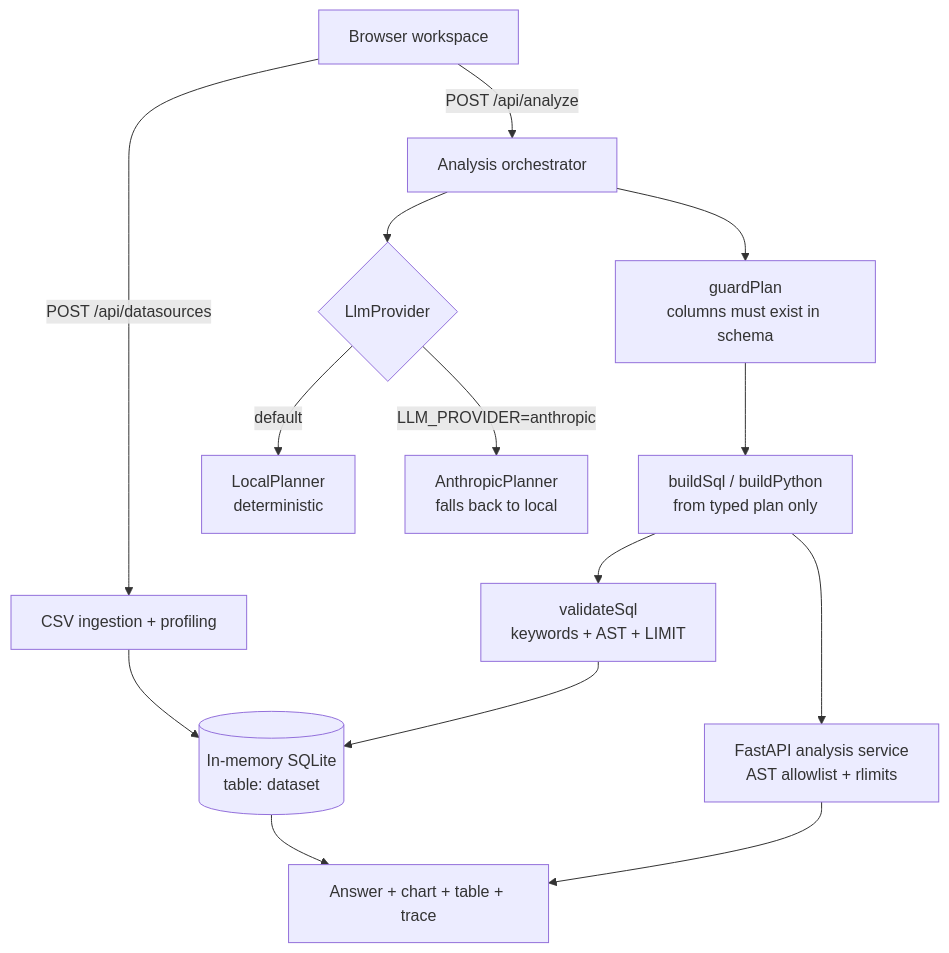
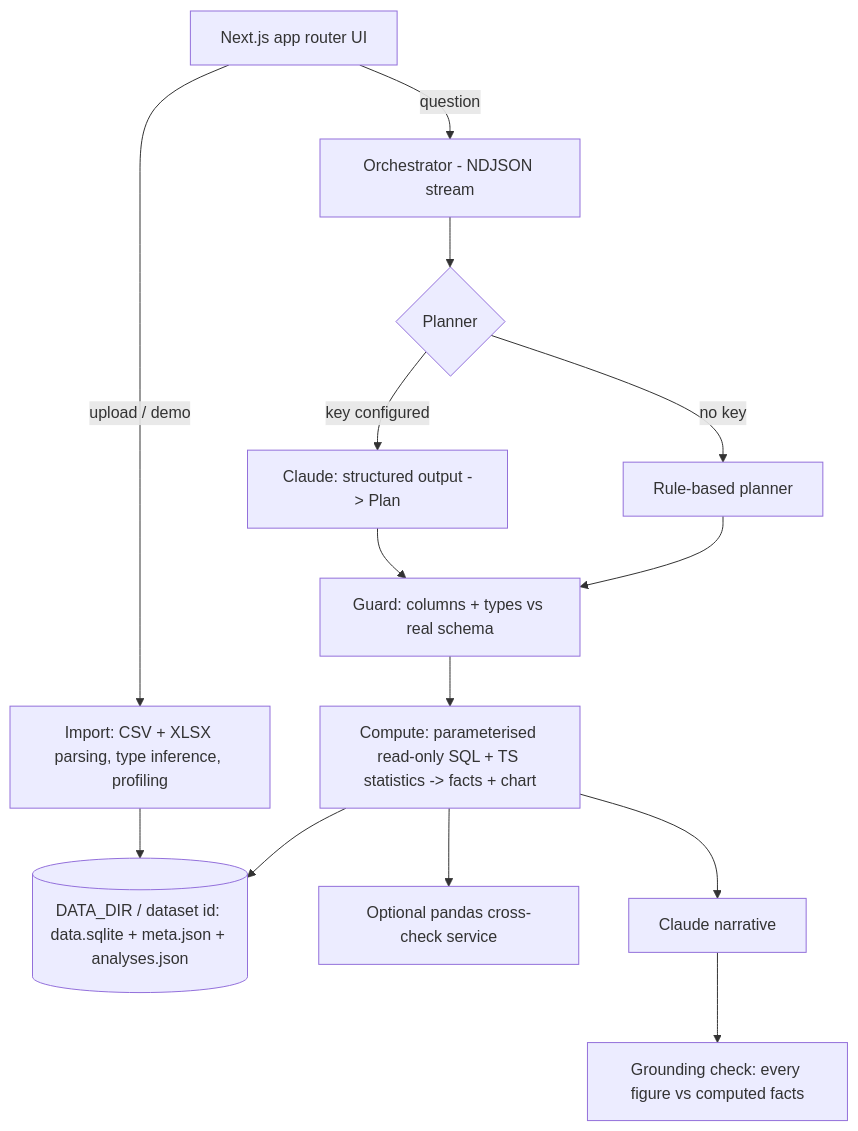
The diagram in README.md (LendKalemasi/insightlab-ai-data-analyst), drawn with Mermaid before and after one commit. The commit also changed other lines of this file and 118 other files, not shown here.

Commit message:
Overhaul InsightLab: grounded AI analysis, new workspace UI, persistence

````diff
--- a/README.md
+++ b/README.md
@@ -35,16 +25,15 @@
 ```mermaid
 flowchart TD
-  U[Browser workspace] -->|POST /api/datasources| ING[CSV ingestion + profiling]
-  ING --> SQ[(In-memory SQLite<br/>table: dataset)]
-  U -->|POST /api/analyze| ORC[Analysis orchestrator]
-  ORC --> PROV{LlmProvider}
-  PROV -->|default| LOCAL[LocalPlanner<br/>deterministic]
-  PROV -->|LLM_PROVIDER=anthropic| ANTH[AnthropicPlanner<br/>falls back to local]
-  ORC --> GUARD[guardPlan<br/>columns must exist in schema]
-  GUARD --> BLD[buildSql / buildPython<br/>from typed plan only]
-  BLD --> VAL[validateSql<br/>keywords + AST + LIMIT]
-  VAL --> SQ
-  BLD --> PY[FastAPI analysis service<br/>AST allowlist + rlimits]
-  SQ --> OUT[Answer + chart + table + trace]
-  PY --> OUT
+  UI[Next.js app router UI] -->|upload / demo| ING[Import: CSV + XLSX parsing, type inference, profiling]
+  ING --> STORE[(DATA_DIR / dataset id: data.sqlite + meta.json + analyses.json)]
+  UI -->|question| ORCH[Orchestrator - NDJSON stream]
+  ORCH --> PLAN{Planner}
+  PLAN -->|key configured| CLAUDE[Claude: structured output -> Plan]
+  PLAN -->|no key| RULES[Rule-based planner]
+  CLAUDE --> GUARD[Guard: columns + types vs real schema]
+  RULES --> GUARD
+  GUARD --> COMPUTE[Compute: parameterised read-only SQL + TS statistics -> facts + chart]
+  COMPUTE --> STORE
+  COMPUTE --> XCHECK[Optional pandas cross-check service]
+  COMPUTE --> NARR[Claude narrative] --> GROUND[Grounding check: every figure vs computed facts]
 ```
````
